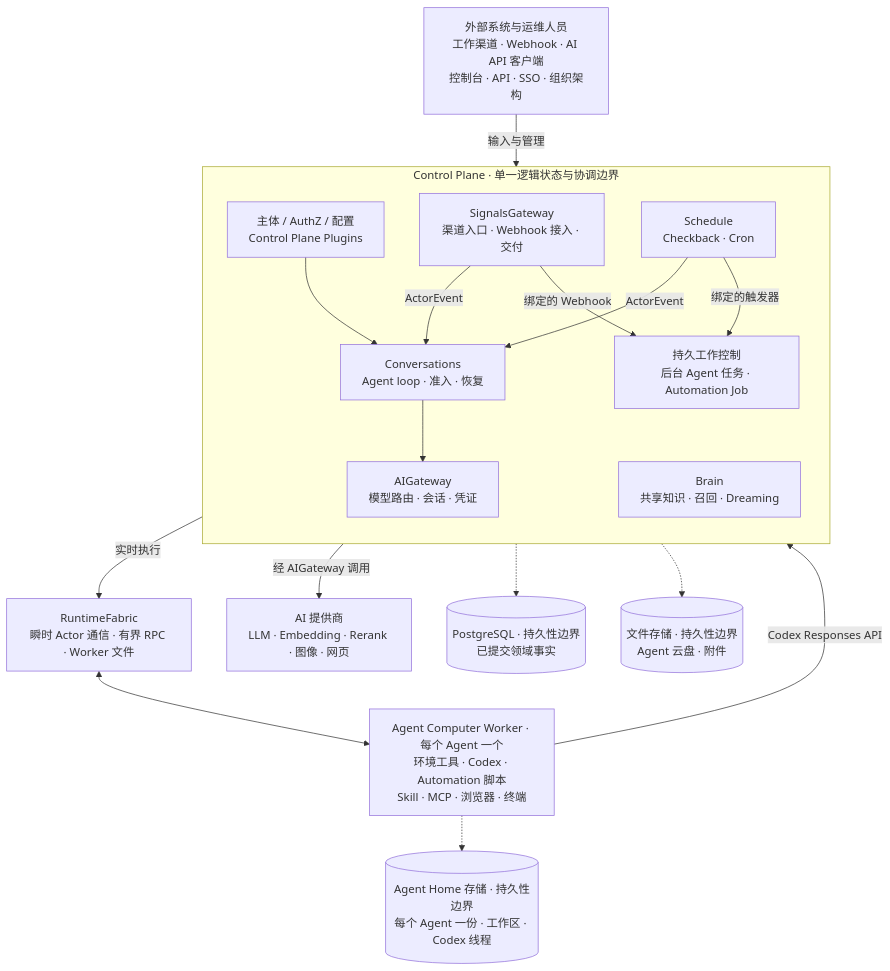
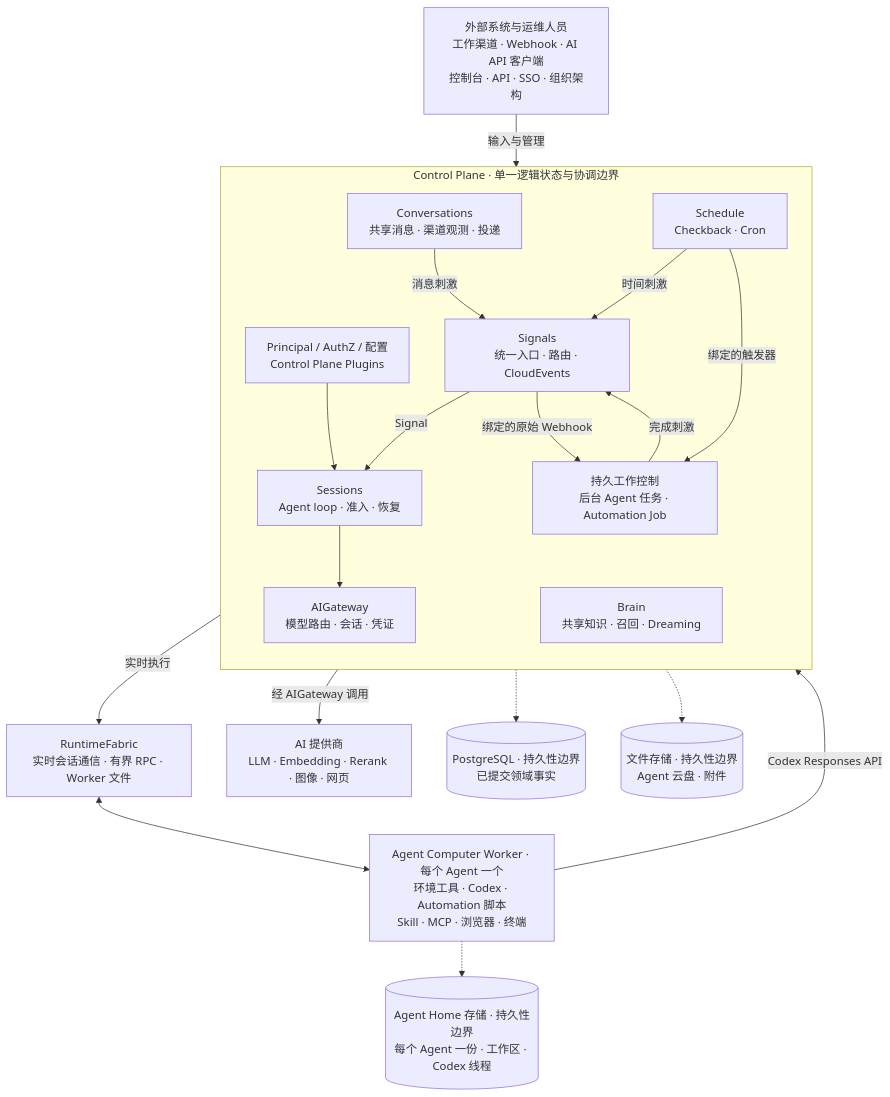
Before and after one commit to AgentBull/ankole: the diagram in README.zh-Hans.md, drawn with Mermaid. The commit also changed other lines of this file and 240 other files, not shown here.

````diff
--- a/README.zh-Hans.md
+++ b/README.zh-Hans.md
@@ -157,38 +152,41 @@
 ```mermaid
 flowchart TB
   External["外部系统与运维人员<br/>工作渠道 · Webhook · AI API 客户端<br/>控制台 · API · SSO · 组织架构"]
 
   subgraph Control["Control Plane · 单一逻辑状态与协调边界"]
     direction TB
-    Platform["主体 / AuthZ / 配置<br/>Control Plane Plugins"]
-    SG["SignalsGateway<br/>渠道入口 · Webhook 接入 · 交付"]
+    Platform["Principal / AuthZ / 配置<br/>Control Plane Plugins"]
+    Convo["Conversations<br/>共享消息 · 渠道观测 · 投递"]
+    Signals["Signals<br/>统一入口 · 路由 · CloudEvents"]
     Schedule["Schedule<br/>Checkback · Cron"]
-    Runtime["Conversations<br/>Agent loop · 准入 · 恢复"]
+    Runtime["Sessions<br/>Agent loop · 准入 · 恢复"]
     Jobs["持久工作控制<br/>后台 Agent 任务 · Automation Job"]
     Brain["Brain<br/>共享知识 · 召回 · Dreaming"]
     AI["AIGateway<br/>模型路由 · 会话 · 凭证"]
   end
 
-  Fabric["RuntimeFabric<br/>瞬时 Actor 通信 · 有界 RPC · Worker 文件"]
+  Fabric["RuntimeFabric<br/>实时会话通信 · 有界 RPC · Worker 文件"]
   Workers["Agent Computer Worker · 每个 Agent 一个<br/>环境工具 · Codex · Automation 脚本<br/>Skill · MCP · 浏览器 · 终端"]
   Providers["AI 提供商<br/>LLM · Embedding · Rerank · 图像 · 网页"]
 
   PG[("PostgreSQL · 持久性边界<br/>已提交领域事实")]
   Files[("文件存储 · 持久性边界<br/>Agent 云盘 · 附件")]
   Homes[("Agent Home 存储 · 持久性边界<br/>每个 Agent 一份 · 工作区 · Codex 线程")]
 
   External -->|"输入与管理"| Control
-  SG -->|"ActorEvent"| Runtime
-  Schedule -->|"ActorEvent"| Runtime
-  SG -->|"绑定的 Webhook"| Jobs
+  Convo -->|"消息刺激"| Signals
+  Schedule -->|"时间刺激"| Signals
+  Jobs -->|"完成刺激"| Signals
+  Signals -->|"Signal"| Runtime
+  Signals -->|"绑定的原始 Webhook"| Jobs
   Schedule -->|"绑定的触发器"| Jobs
   Platform --> Runtime
   Runtime --> AI
   Control -->|"实时执行"| Fabric
   Fabric <--> Workers
   Workers -->|"Codex Responses API"| AI
   Control -->|"经 AIGateway 调用"| Providers
   Control -.-> PG
   Control -.-> Files
   Workers -.-> Homes
 ```
````
